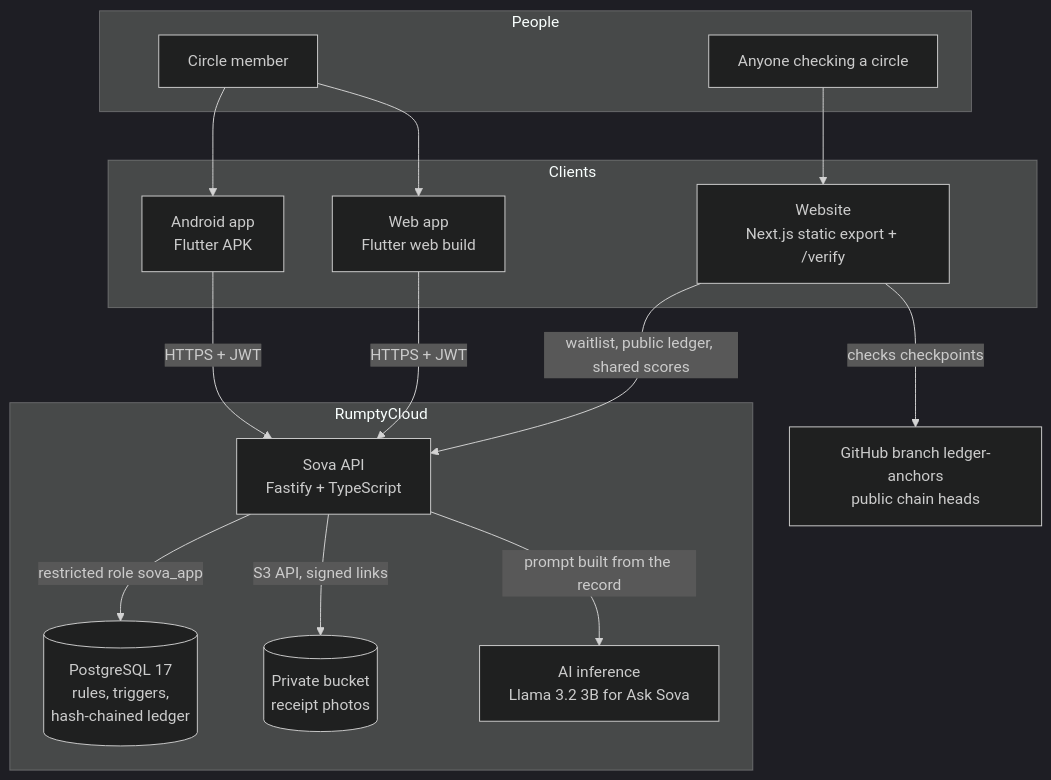
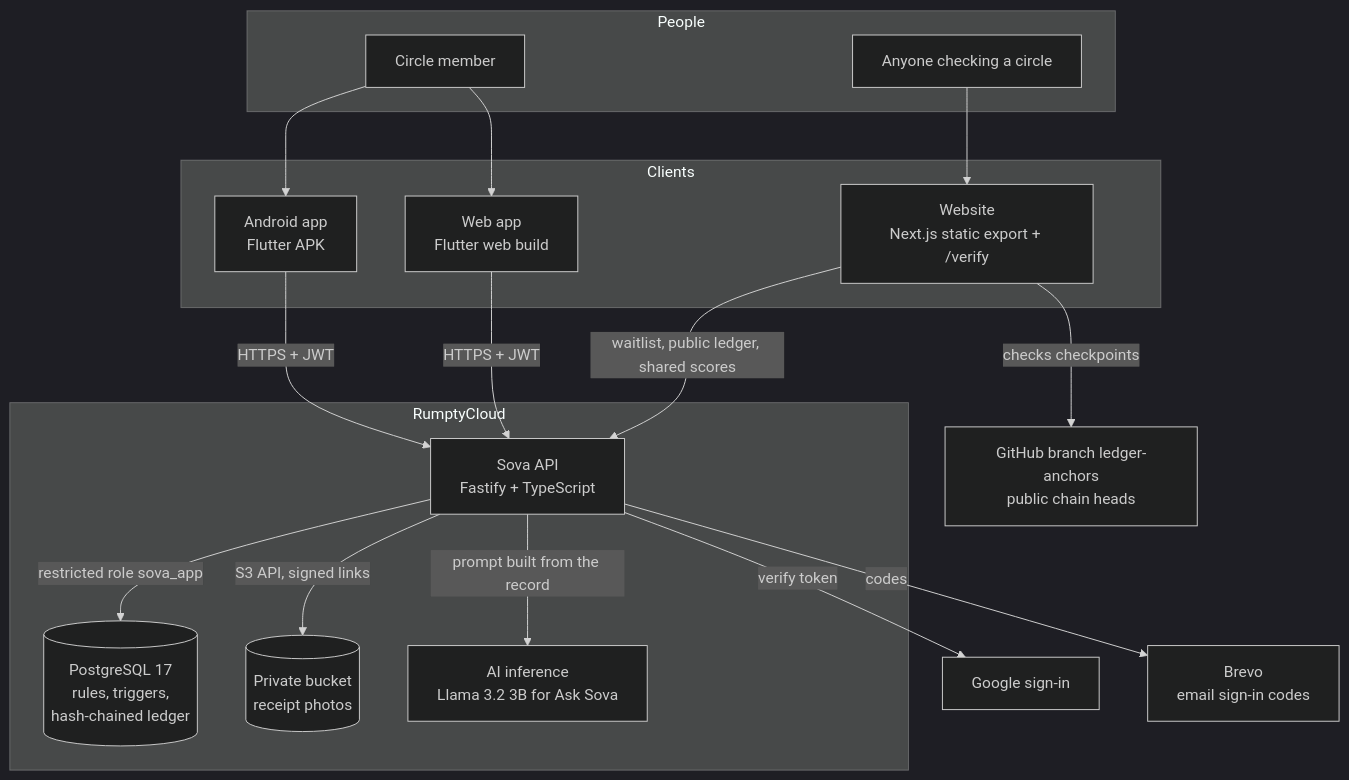
The first of 2 diagrams in README.md (adeyanjufuhad/Sova), drawn with Mermaid (dark theme) before and after one commit. The commit also changed other lines of this file and 4 other files, not shown here.

Commit message:
Describe email and Google sign-in in the privacy policy, terms and docs

````diff
--- a/README.md
+++ b/README.md
@@ -78,33 +78,38 @@
 ```mermaid
 flowchart TB
   subgraph People
     member["Circle member"]
     visitor["Anyone checking a circle"]
   end
 
   subgraph Clients
     android["Android app<br/>Flutter APK"]
     webapp["Web app<br/>Flutter web build"]
     site["Website<br/>Next.js static export + /verify"]
   end
 
   subgraph RumptyCloud
     api["Sova API<br/>Fastify + TypeScript"]
     db[("PostgreSQL 17<br/>rules, triggers,<br/>hash-chained ledger")]
     bucket[("Private bucket<br/>receipt photos")]
     ai["AI inference<br/>Llama 3.2 3B for Ask Sova"]
   end
 
+  google["Google sign-in"]
+  brevo["Brevo<br/>email sign-in codes"]
+
   anchors["GitHub branch ledger-anchors<br/>public chain heads"]
 
   member --> android
   member --> webapp
   visitor --> site
   android -- "HTTPS + JWT" --> api
   webapp -- "HTTPS + JWT" --> api
   site -- "waitlist, public ledger, shared scores" --> api
   site -- "checks checkpoints" --> anchors
   api -- "restricted role sova_app" --> db
   api -- "S3 API, signed links" --> bucket
   api -- "prompt built from the record" --> ai
+  api -- "verify token" --> google
+  api -- "codes" --> brevo
 ```
````
